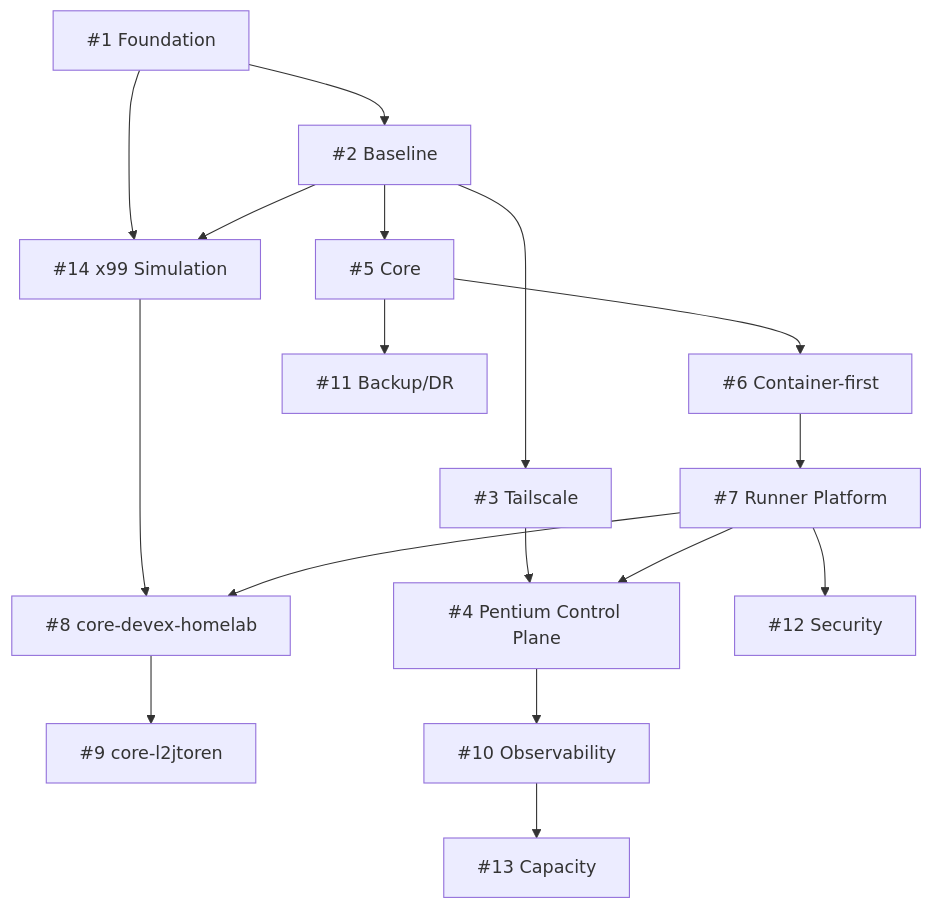
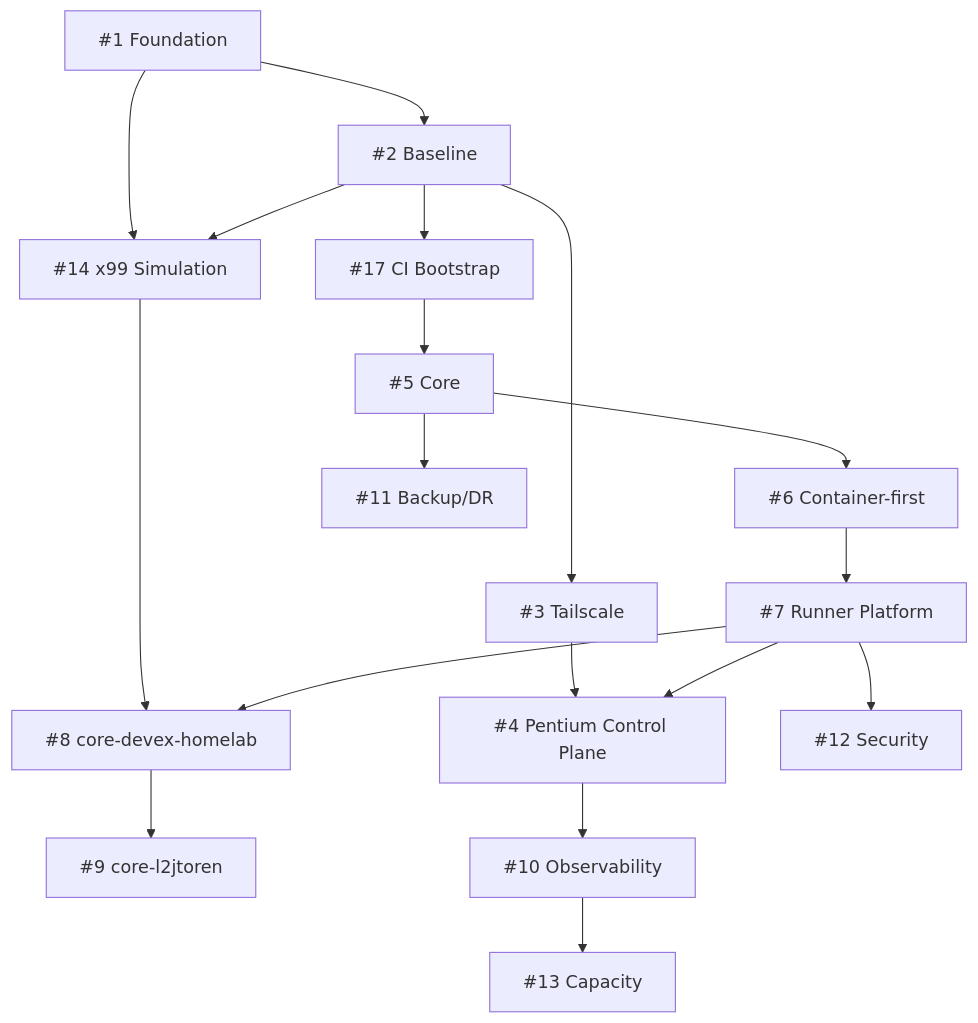
The diagram in docs/backlog/README.md (deraldinho/devex-homelab), drawn with Mermaid before and after one commit. The commit also changed other lines of this file and 4 other files, not shown here.

````diff
--- a/docs/backlog/README.md
+++ b/docs/backlog/README.md
@@ -24,19 +25,20 @@
 ```mermaid
 flowchart TD
     I1[#1 Foundation] --> I2[#2 Baseline]
     I1 --> I14[#14 x99 Simulation]
     I2 --> I14
     I2 --> I3[#3 Tailscale]
-    I2 --> I5[#5 Core]
+    I2 --> I17[#17 CI Bootstrap]
+    I17 --> I5[#5 Core]
     I5 --> I6[#6 Container-first]
     I6 --> I7[#7 Runner Platform]
     I14 --> I8[#8 core-devex-homelab]
     I7 --> I8
     I8 --> I9[#9 core-l2jtoren]
     I3 --> I4[#4 Pentium Control Plane]
     I7 --> I4
     I4 --> I10[#10 Observability]
     I5 --> I11[#11 Backup/DR]
     I7 --> I12[#12 Security]
     I10 --> I13[#13 Capacity]
 ```
````
